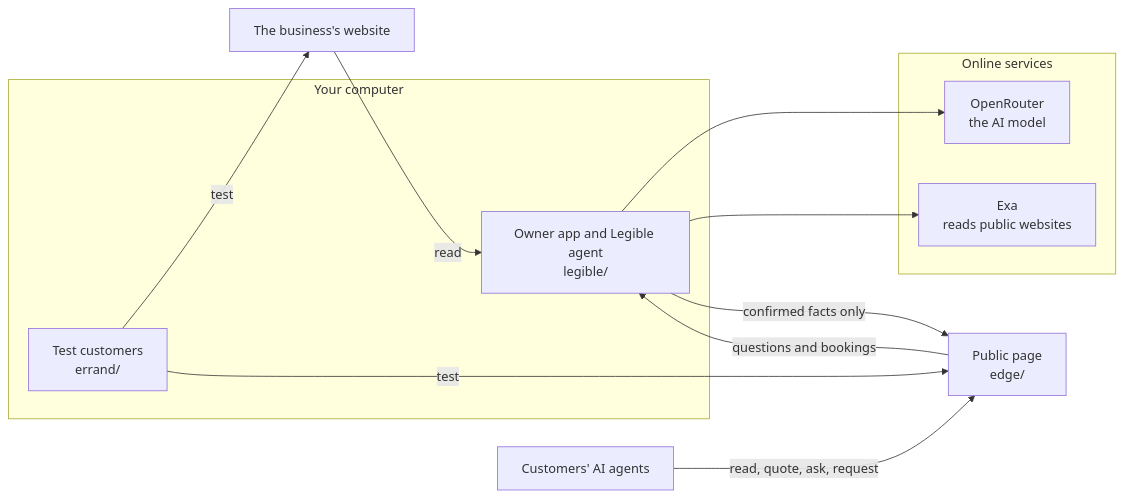
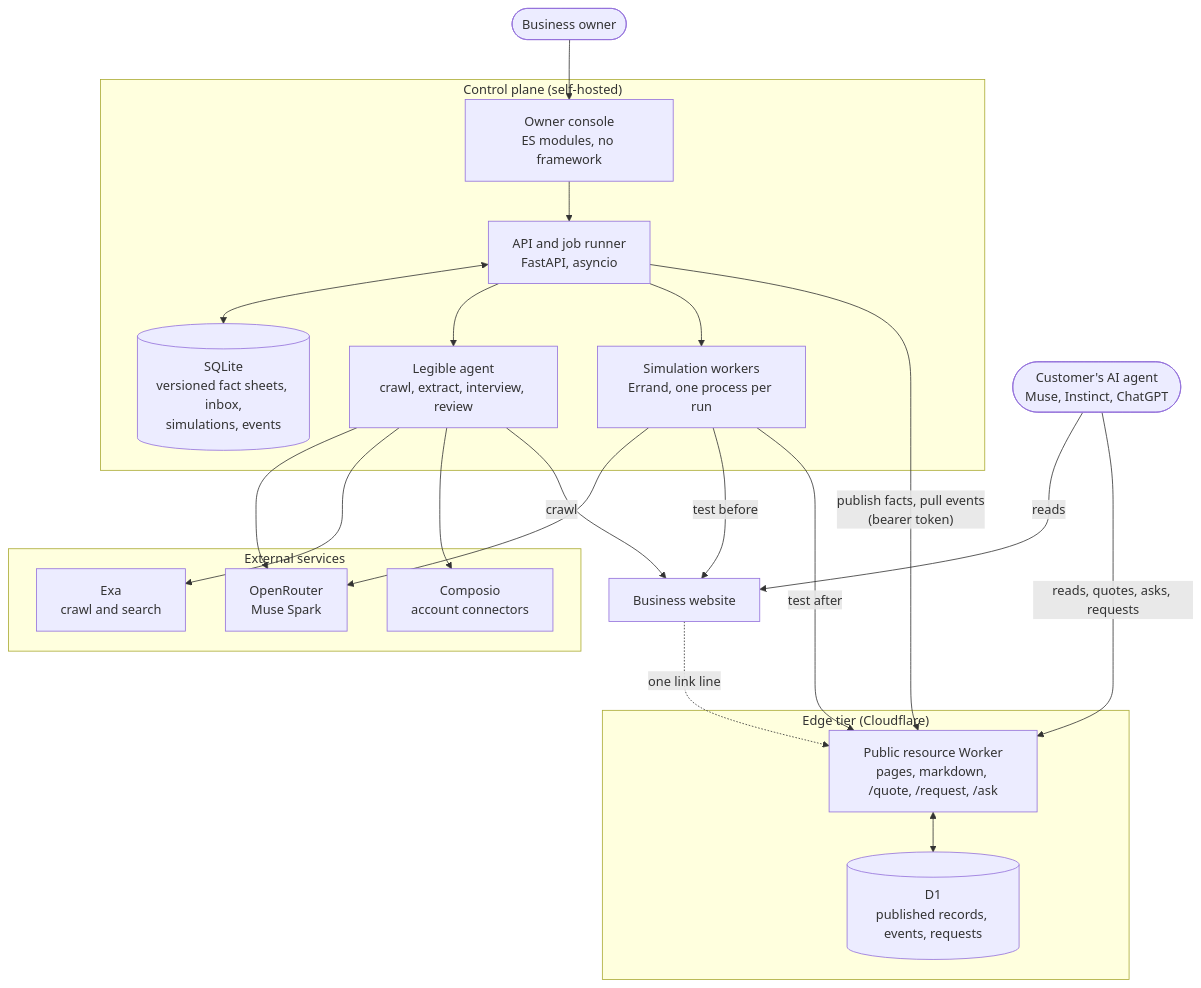
Before and after one commit to Jamerrred/Legible: the first of 4 diagrams in README.md, drawn with Mermaid. The commit also changed other lines of this file, not shown here.

First line of the commit message:
Rewrite the README's architecture, setup and walkthrough sections

````diff
--- a/README.md
+++ b/README.md
@@ -101,23 +110,42 @@
 ```mermaid
-flowchart LR
-  site["The business's website"]
-  subgraph mac["Your computer"]
-    app["Owner app and Legible agent<br/>legible/"]
-    errand["Test customers<br/>errand/"]
+flowchart TB
+  owner(["Business owner"])
+  agent(["Customer's AI agent<br/>Muse, Instinct, ChatGPT"])
+  site["Business website"]
+
+  subgraph control["Control plane (self-hosted)"]
+    console["Owner console<br/>ES modules, no framework"]
+    api["API and job runner<br/>FastAPI, asyncio"]
+    harness["Legible agent<br/>crawl, extract, interview, review"]
+    sims["Simulation workers<br/>Errand, one process per run"]
+    sqlite[("SQLite<br/>versioned fact sheets, inbox,<br/>simulations, events")]
   end
-  subgraph services["Online services"]
-    model["OpenRouter<br/>the AI model"]
-    exa["Exa<br/>reads public websites"]
+
+  subgraph edge["Edge tier (Cloudflare)"]
+    worker["Public resource Worker<br/>pages, markdown, /quote, /request, /ask"]
+    d1[("D1<br/>published records, events, requests")]
   end
-  page["Public page<br/>edge/"]
-  agents["Customers' AI agents"]
 
-  site -->|read| app
-  app --> model
-  app --> exa
-  errand -->|test| site
-  errand -->|test| page
-  app -->|confirmed facts only| page
-  agents -->|read, quote, ask, request| page
-  page -->|questions and bookings| app
+  subgraph services["External services"]
+    openrouter["OpenRouter<br/>Muse Spark"]
+    exa["Exa<br/>crawl and search"]
+    composio["Composio<br/>account connectors"]
+  end
+
+  owner --> console --> api
+  api <--> sqlite
+  api --> harness
+  api --> sims
+  harness --> openrouter
+  harness --> exa
+  harness --> composio
+  harness -->|crawl| site
+  sims --> openrouter
+  sims -->|test before| site
+  sims -->|test after| worker
+  api -->|"publish facts, pull events<br/>(bearer token)"| worker
+  worker <--> d1
+  site -.->|one link line| worker
+  agent -->|reads| site
+  agent -->|"reads, quotes, asks, requests"| worker
 ```
````
